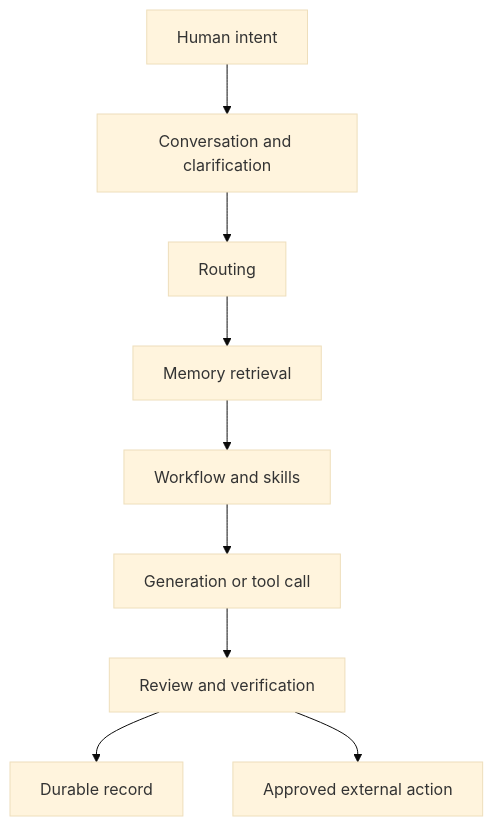
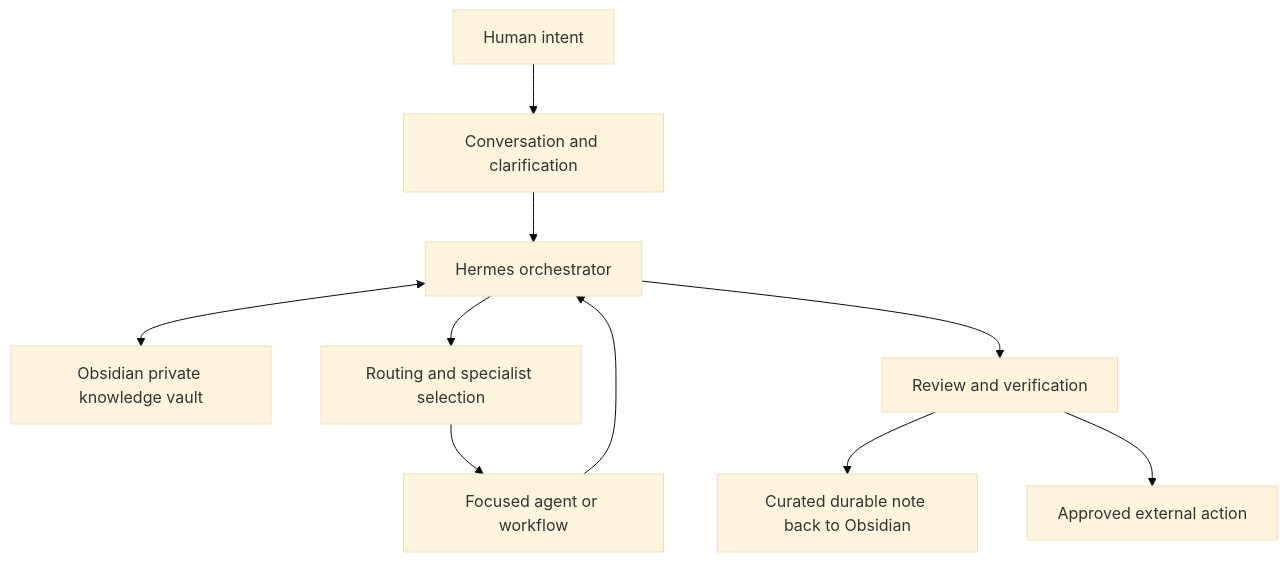
Before and after one commit to dsotos/personal-ai-operating-system: the first of 6 diagrams in docs/how-the-system-works.md, drawn with Mermaid (base theme). The commit also changed other lines of this file and 4 other files, not shown here.

Commit message:
docs: clarify Hermes and Obsidian architecture

````diff
--- a/docs/how-the-system-works.md
+++ b/docs/how-the-system-works.md
@@ -9,11 +9,12 @@
 ```mermaid
 flowchart TD
     H[Human intent] --> C[Conversation and clarification]
-    C --> R[Routing]
-    R --> M[Memory retrieval]
-    M --> W[Workflow and skills]
-    W --> G[Generation or tool call]
-    G --> V[Review and verification]
-    V --> D[Durable record]
+    C --> O[Hermes orchestrator]
+    O <--> K[Obsidian private knowledge vault]
+    O --> R[Routing and specialist selection]
+    R --> S[Focused agent or workflow]
+    S --> O
+    O --> V[Review and verification]
+    V --> D[Curated durable note back to Obsidian]
     V --> A[Approved external action]
 ```
````
